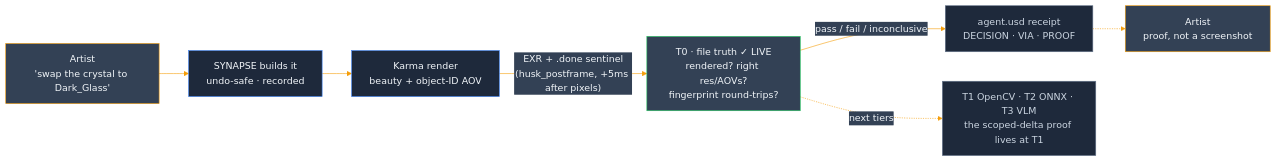
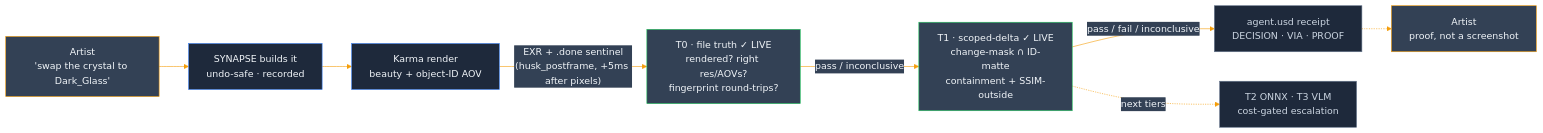
The second of 7 diagrams in README.md (JosephOIbrahim/Synapse), drawn with Mermaid before and after one commit. The commit also changed other lines of this file and 5 other files, not shown here.

First line of the commit message:
release: v5.29.0 — RETINA T1: the scoped-delta proof engine is live

````diff
--- a/README.md
+++ b/README.md
@@ -93,14 +94,15 @@
 ```mermaid
 %%{init: {'theme':'base', 'themeVariables': {'primaryColor':'#1e293b','primaryTextColor':'#f1f5f9','primaryBorderColor':'#0f172a','lineColor':'#f59e0b','secondaryColor':'#334155','tertiaryColor':'#475569'}}}%%
 flowchart LR
     ASK["Artist<br/>'swap the crystal to Dark_Glass'"]:::artist --> BUILD["SYNAPSE builds it<br/>undo-safe · recorded"]:::panel
     BUILD --> RENDER["Karma render<br/>beauty + object-ID AOV"]:::panel
     RENDER -->|"EXR + .done sentinel<br/>(husk_postframe, +5ms after pixels)"| T0["T0 · file truth ✓ LIVE<br/>rendered? right res/AOVs?<br/>fingerprint round-trips?"]:::hou
-    T0 -->|"pass / fail / inconclusive"| REC["agent.usd receipt<br/>DECISION · VIA · PROOF"]:::side
-    T0 -.next tiers.-> LADDER["T1 OpenCV · T2 ONNX · T3 VLM<br/>the scoped-delta proof lives at T1"]:::side
+    T0 -->|"pass / inconclusive"| T1["T1 · scoped-delta ✓ LIVE<br/>change-mask ∩ ID-matte<br/>containment + SSIM-outside"]:::hou
+    T1 -->|"pass / fail / inconclusive"| REC["agent.usd receipt<br/>DECISION · VIA · PROOF"]:::side
+    T1 -.next tiers.-> LADDER["T2 ONNX · T3 VLM<br/>cost-gated escalation"]:::side
     REC -.-> ART2["Artist<br/>proof, not a screenshot"]:::artist
     classDef artist fill:#334155,stroke:#f59e0b,color:#f1f5f9
     classDef panel fill:#1e293b,stroke:#3b82f6,color:#f1f5f9
     classDef hou fill:#334155,stroke:#22c55e,color:#f1f5f9
     classDef side fill:#1e293b,stroke:#64748b,color:#cbd5e1
 ```
````
